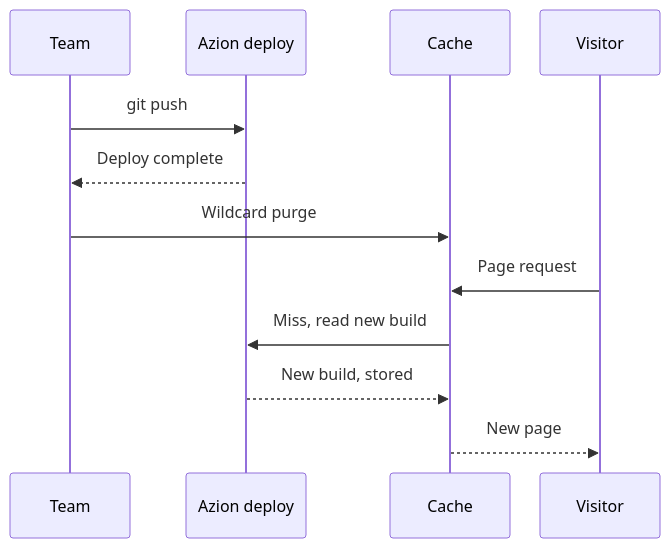
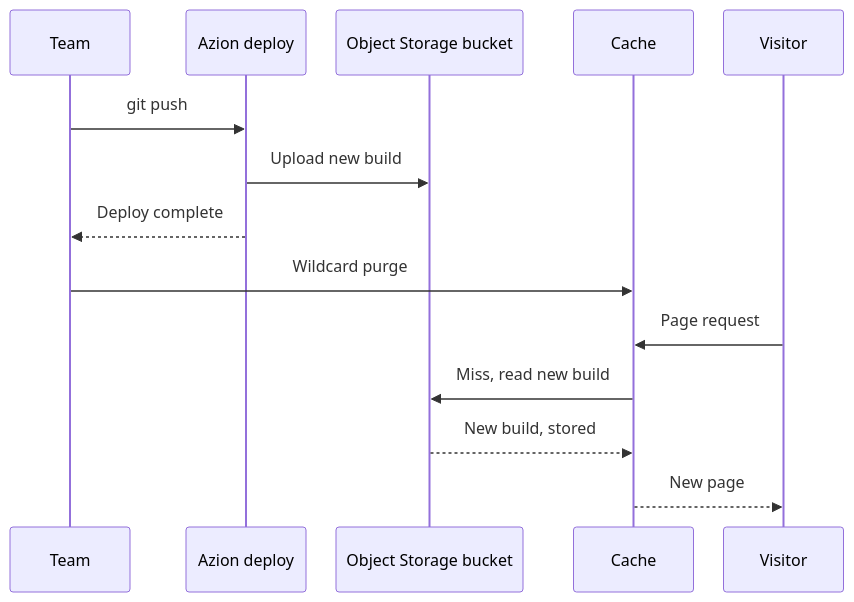
One commit to aziontech/docs changed the second of 2 diagrams in apps/docs/src/content/docs/en/pages/use-cases/build-and-run-applications/build-and-run-marketing-websites.mdx. Above: the diagram before and after it, drawn with Mermaid. The commit also changed 21 other files, not shown here.

````diff
--- a/apps/docs/src/content/docs/en/pages/use-cases/build-and-run-applications/build-and-run-marketing-websites.mdx
+++ b/apps/docs/src/content/docs/en/pages/use-cases/build-and-run-applications/build-and-run-marketing-websites.mdx
@@ -105,15 +105,17 @@
 ```mermaid
 %%{init: {"layout": "elk", "themeVariables": {"fontSize": "13px"}, "flowchart": {"nodeSpacing": 24, "rankSpacing": 36, "padding": 8, "wrappingWidth": 150, "useMaxWidth": true}, "sequence": {"width": 120, "actorMargin": 30, "useMaxWidth": true}}}%%
 sequenceDiagram
   participant Team as Team
   participant Azion as Azion deploy
+  participant Bucket as Object Storage bucket
   participant Cache as Cache
   participant Visitor as Visitor
   Team->>Azion: git push
+  Azion->>Bucket: Upload new build
   Azion-->>Team: Deploy complete
   Team->>Cache: Wildcard purge
   Visitor->>Cache: Page request
-  Cache->>Azion: Miss, read new build
-  Azion-->>Cache: New build, stored
+  Cache->>Bucket: Miss, read new build
+  Bucket-->>Cache: New build, stored
   Cache-->>Visitor: New page
 ```
````
